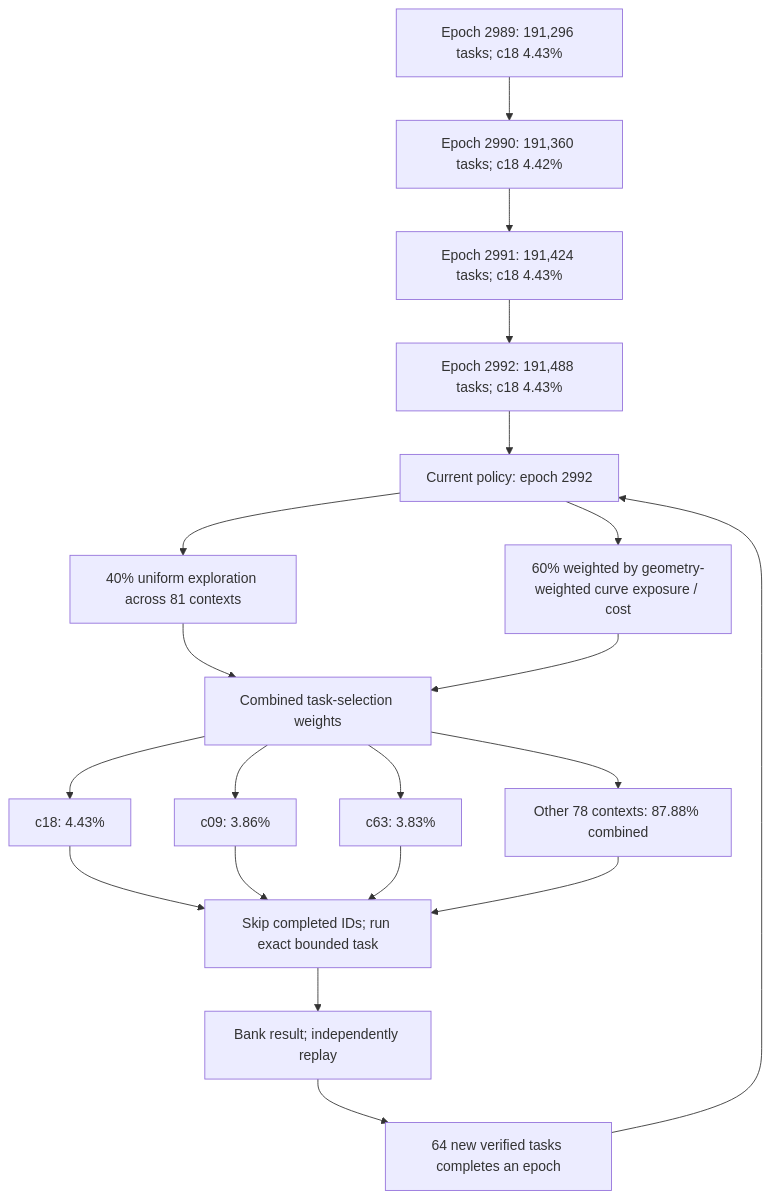
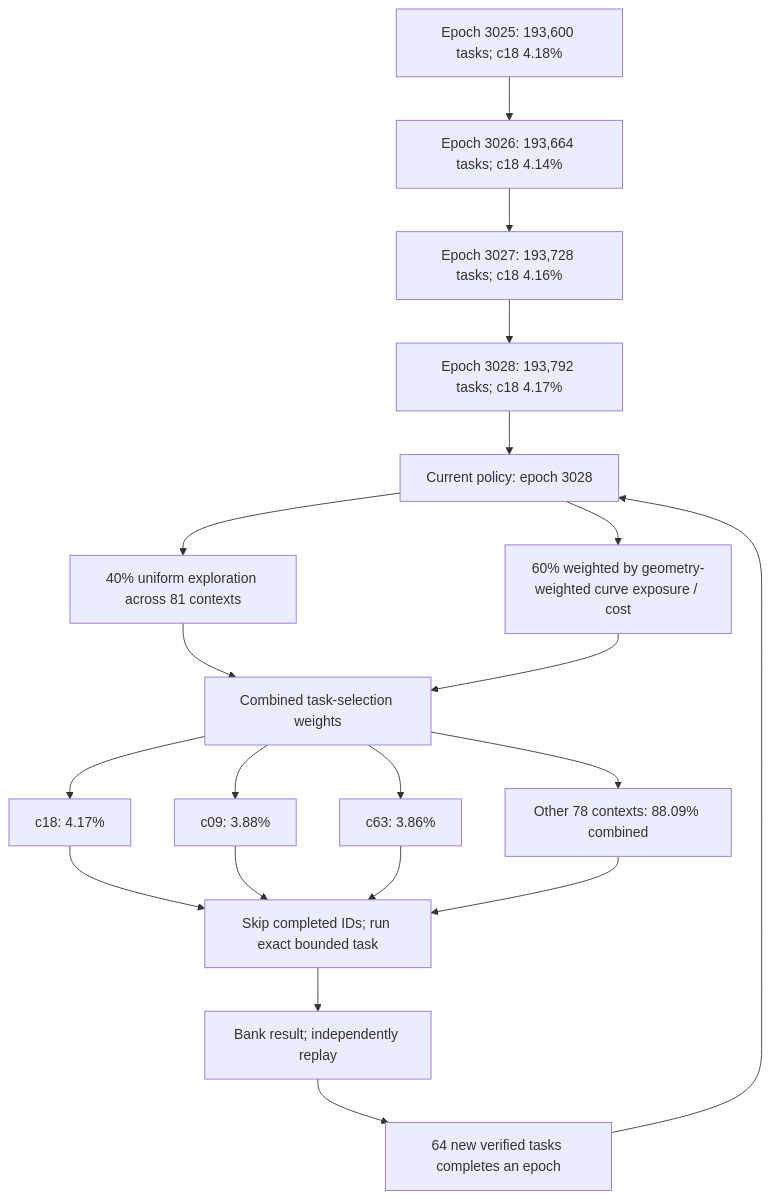
One commit to Kuberwastaken/math-gambling changed the first of 3 diagrams in README.md. Above: the diagram before and after it, drawn with Mermaid. The commit also changed other lines of this file and 4535 other files, not shown here.

````diff
--- a/README.md
+++ b/README.md
@@ -57,27 +58,27 @@
 ```mermaid
 flowchart TD
-    H0["Epoch 2989: 191,296 tasks; c18 4.43%"]
-    H1["Epoch 2990: 191,360 tasks; c18 4.42%"]
+    H0["Epoch 3025: 193,600 tasks; c18 4.18%"]
+    H1["Epoch 3026: 193,664 tasks; c18 4.14%"]
     H0 --> H1
-    H2["Epoch 2991: 191,424 tasks; c18 4.43%"]
+    H2["Epoch 3027: 193,728 tasks; c18 4.16%"]
     H1 --> H2
-    H3["Epoch 2992: 191,488 tasks; c18 4.43%"]
+    H3["Epoch 3028: 193,792 tasks; c18 4.17%"]
     H2 --> H3
-    Policy["Current policy: epoch 2992"]
+    Policy["Current policy: epoch 3028"]
     H3 --> Policy
     Policy --> Explore["40% uniform exploration across 81 contexts"]
     Policy --> Cost["60% weighted by geometry-weighted curve exposure / cost"]
     Explore --> Mix["Combined task-selection weights"]
     Cost --> Mix
-    Mix --> C0["c18: 4.43%"]
-    Mix --> C1["c09: 3.86%"]
-    Mix --> C2["c63: 3.83%"]
-    Mix --> Rest["Other 78 contexts: 87.88% combined"]
+    Mix --> C0["c18: 4.17%"]
+    Mix --> C1["c09: 3.88%"]
+    Mix --> C2["c63: 3.86%"]
+    Mix --> Rest["Other 78 contexts: 88.09% combined"]
     C0 --> Check["Skip completed IDs; run exact bounded task"]
     C1 --> Check
     C2 --> Check
     Rest --> Check
     Check --> Replay["Bank result; independently replay"]
     Replay --> Gate["64 new verified tasks completes an epoch"]
     Gate --> Policy
 ```
````
